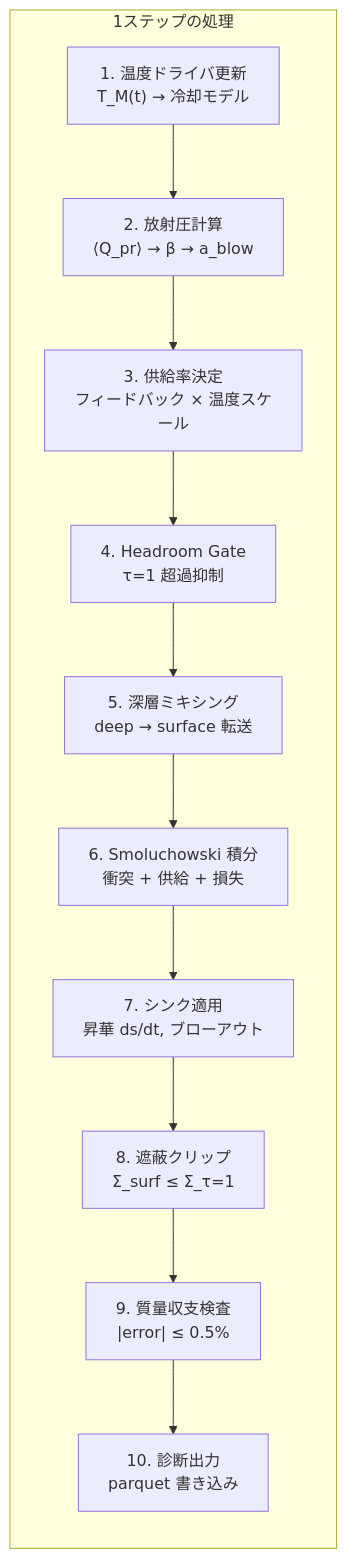
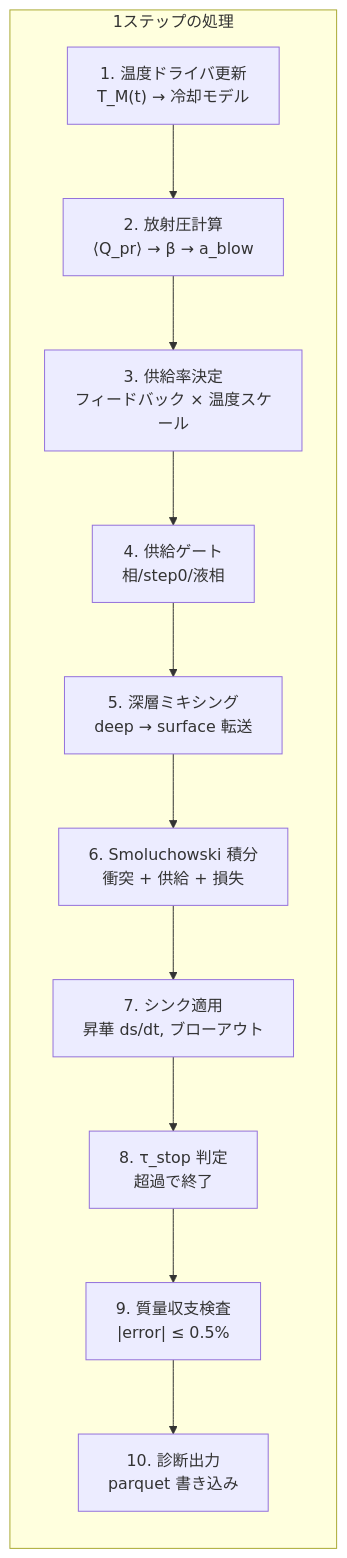
The second of 3 diagrams in analysis/methods.md (Einfeld686/MarsDiskSimulation), drawn with Mermaid before and after one commit. The commit also changed other lines of this file and 28 other files, not shown here.

````diff
--- a/analysis/methods.md
+++ b/analysis/methods.md
@@ -58,19 +58,19 @@
 ```mermaid
 flowchart LR
     subgraph STEP["1ステップの処理"]
         direction TB
         
         S1["1. 温度ドライバ更新<br/>T_M(t) → 冷却モデル"]
         S2["2. 放射圧計算<br/>⟨Q_pr⟩ → β → a_blow"]
         S3["3. 供給率決定<br/>フィードバック × 温度スケール"]
-        S4["4. Headroom Gate<br/>τ=1 超過抑制"]
+        S4["4. 供給ゲート<br/>相/step0/液相"]
         S5["5. 深層ミキシング<br/>deep → surface 転送"]
         S6["6. Smoluchowski 積分<br/>衝突 + 供給 + 損失"]
         S7["7. シンク適用<br/>昇華 ds/dt, ブローアウト"]
-        S8["8. 遮蔽クリップ<br/>Σ_surf ≤ Σ_τ=1"]
+        S8["8. τ_stop 判定<br/>超過で終了"]
         S9["9. 質量収支検査<br/>|error| ≤ 0.5%"]
         S10["10. 診断出力<br/>parquet 書き込み"]
         
         S1 --> S2 --> S3 --> S4 --> S5 --> S6 --> S7 --> S8 --> S9 --> S10
     end
 ```
````
